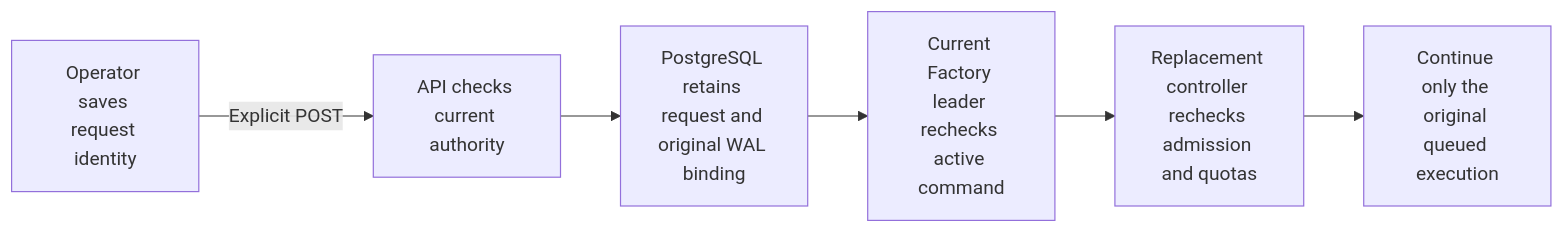
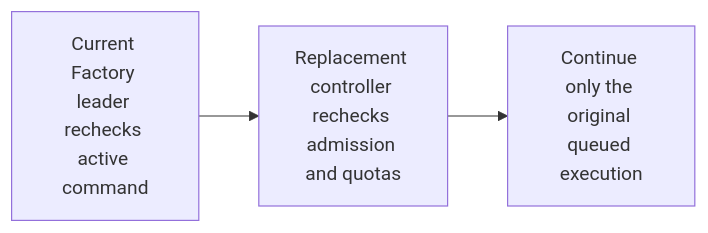
The second of 2 diagrams in docs/sandbox.md (fireflyframework/firefly-forge), drawn with Mermaid before and after one commit. The commit also changed other lines of this file, not shown here.

Commit message:
Keep continuation diagrams readable as two explicit phases

````diff
--- a/docs/sandbox.md
+++ b/docs/sandbox.md
@@ -99,13 +121,11 @@
 ```mermaid
 ---
 config:
   flowchart:
     wrappingWidth: 96
 ---
 flowchart LR
-    O[Operator saves request identity] -->|Explicit POST| A[API checks current authority]
-    A --> P[PostgreSQL retains request and original WAL binding]
-    P --> L[Current Factory leader rechecks active command]
+    L[Current Factory leader rechecks active command]
     L --> C[Replacement controller rechecks admission and quotas]
     C --> E[Continue only the original queued execution]
 ```
````
